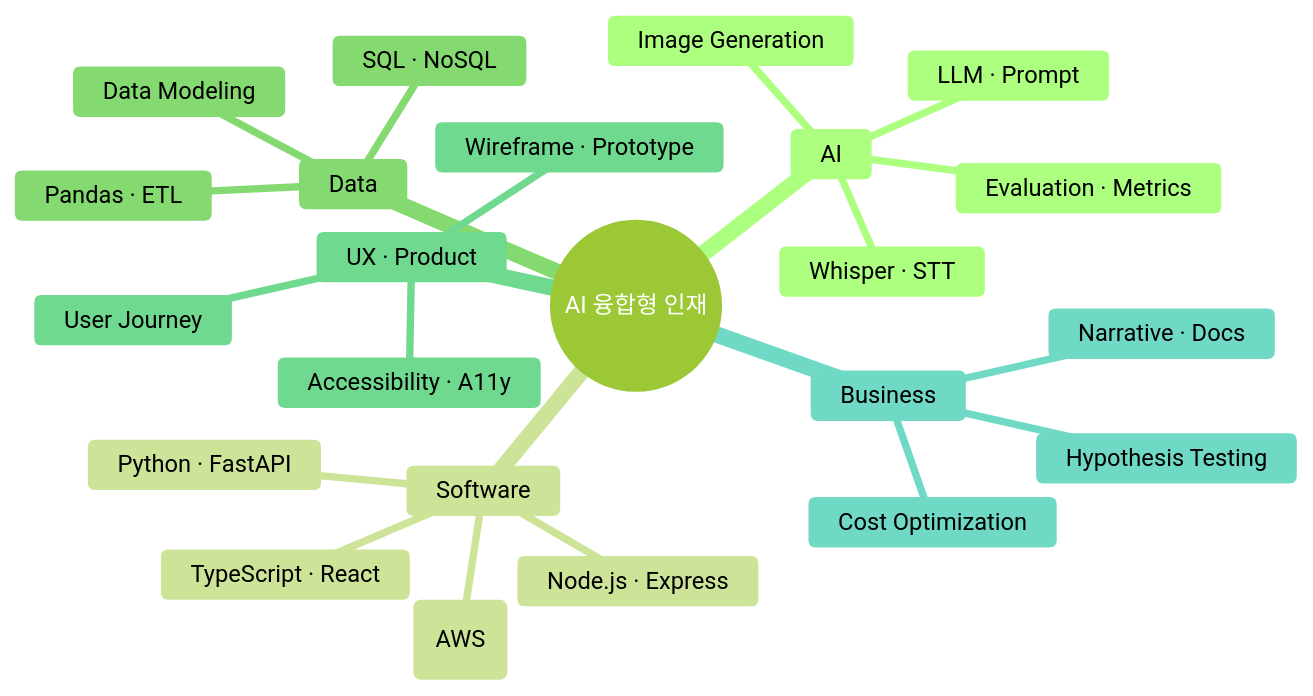
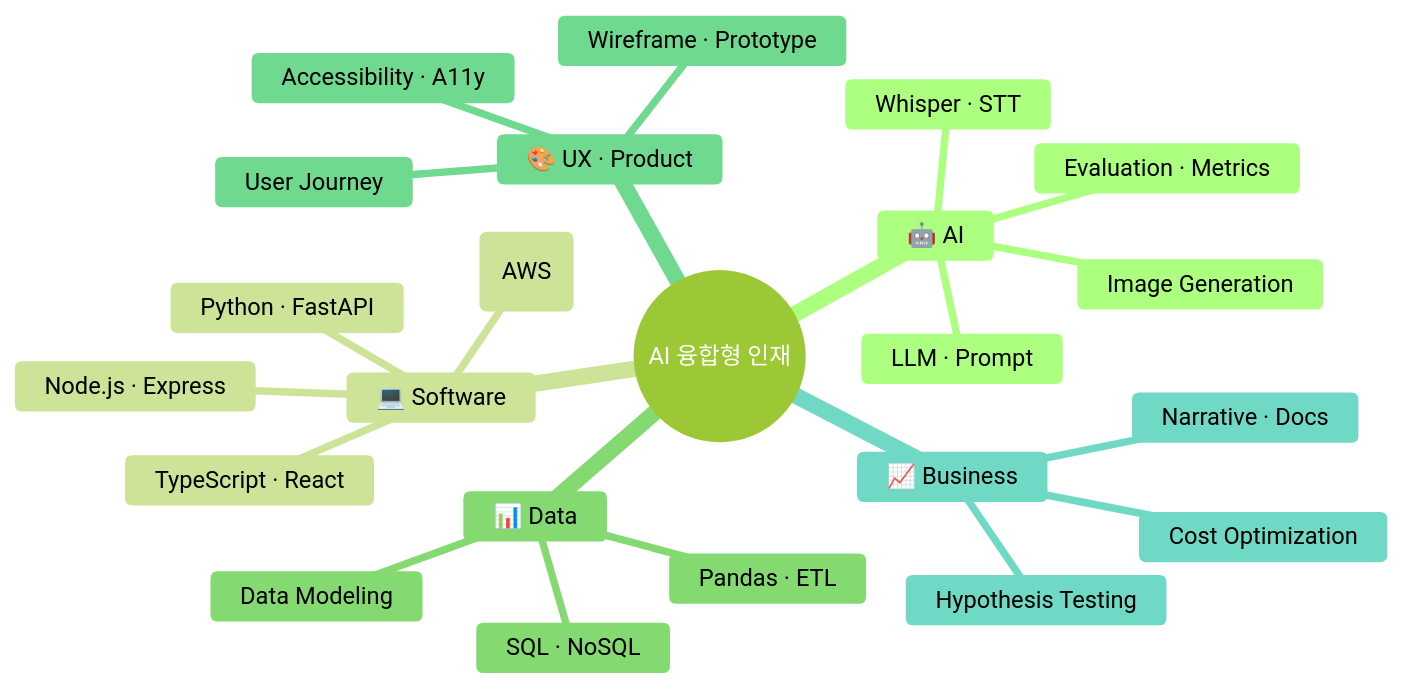
Before and after one commit to himomohi/himomohi: the first of 2 diagrams in README.md, drawn with Mermaid (forest theme). The commit also changed other lines of this file, not shown here.

````diff
--- a/README.md
+++ b/README.md
@@ -63,26 +145,26 @@
 ```mermaid
 mindmap
   root((AI 융합형 인재))
-    AI
+    🤖 AI
       LLM · Prompt
       Whisper · STT
       Image Generation
       Evaluation · Metrics
-    Software
+    💻 Software
       Python · FastAPI
       TypeScript · React
       Node.js · Express
       CI/CD · Cloud(AWS)
-    Data
+    📊 Data
       Pandas · ETL
       SQL · NoSQL
       Data Modeling
-    UX · Product
+    🎨 UX · Product
       User Journey
       Wireframe · Prototype
       Accessibility · A11y
-    Business
+    📈 Business
       Hypothesis Testing
       Cost Optimization
       Narrative · Docs
 ```
````
